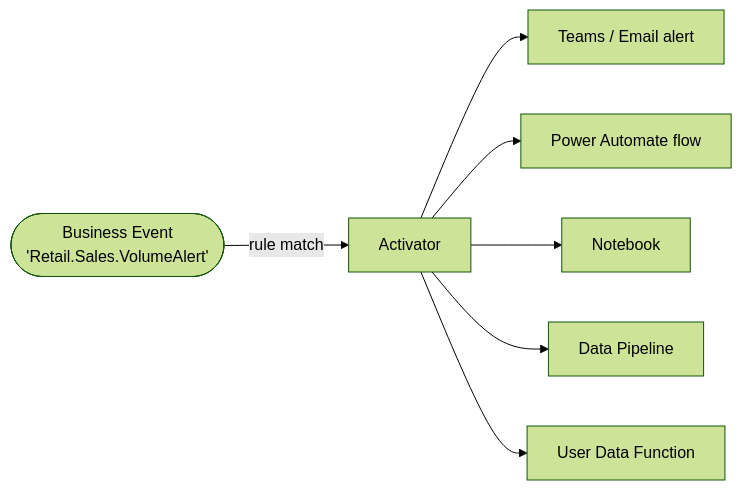
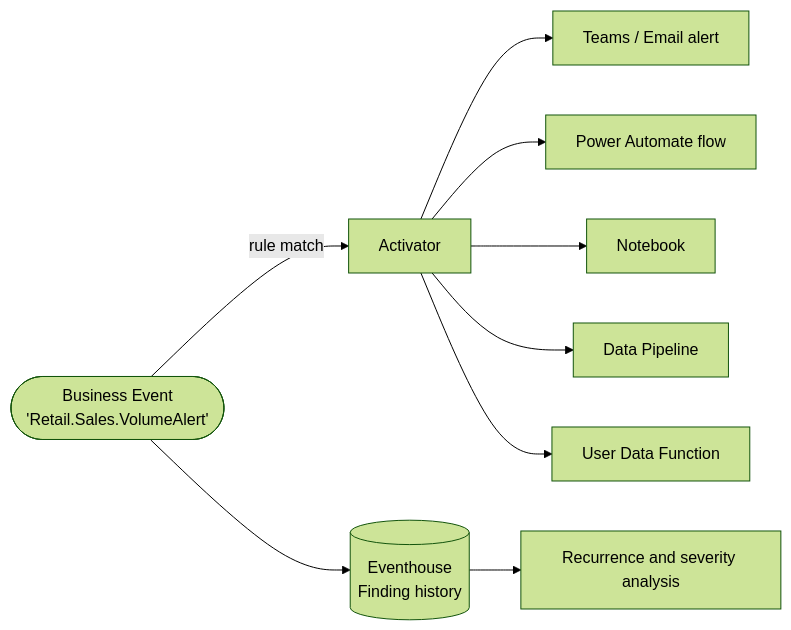
One commit to microsoft/fabric-events changed the second of 2 diagrams in docs/business-events/scenarios/sales-volume-alert.md. Above: the diagram before and after it, drawn with Mermaid (forest theme). The commit also changed other lines of this file and 15 other files, not shown here.

````diff
--- a/docs/business-events/scenarios/sales-volume-alert.md
+++ b/docs/business-events/scenarios/sales-volume-alert.md
@@ -182,9 +255,11 @@
 ```mermaid
 flowchart LR
     BE([Business Event\n'Retail.Sales.VolumeAlert']) -->|rule match| ACT[Activator]
+    BE --> EH[(Eventhouse\nFinding history)]
+    EH --> KQL[Recurrence and severity analysis]
     ACT --> TEAMS[Teams / Email alert]
     ACT --> PA[Power Automate flow]
     ACT --> NB[Notebook]
     ACT --> DP[Data Pipeline]
     ACT --> UDF[User Data Function]
 ```
````
